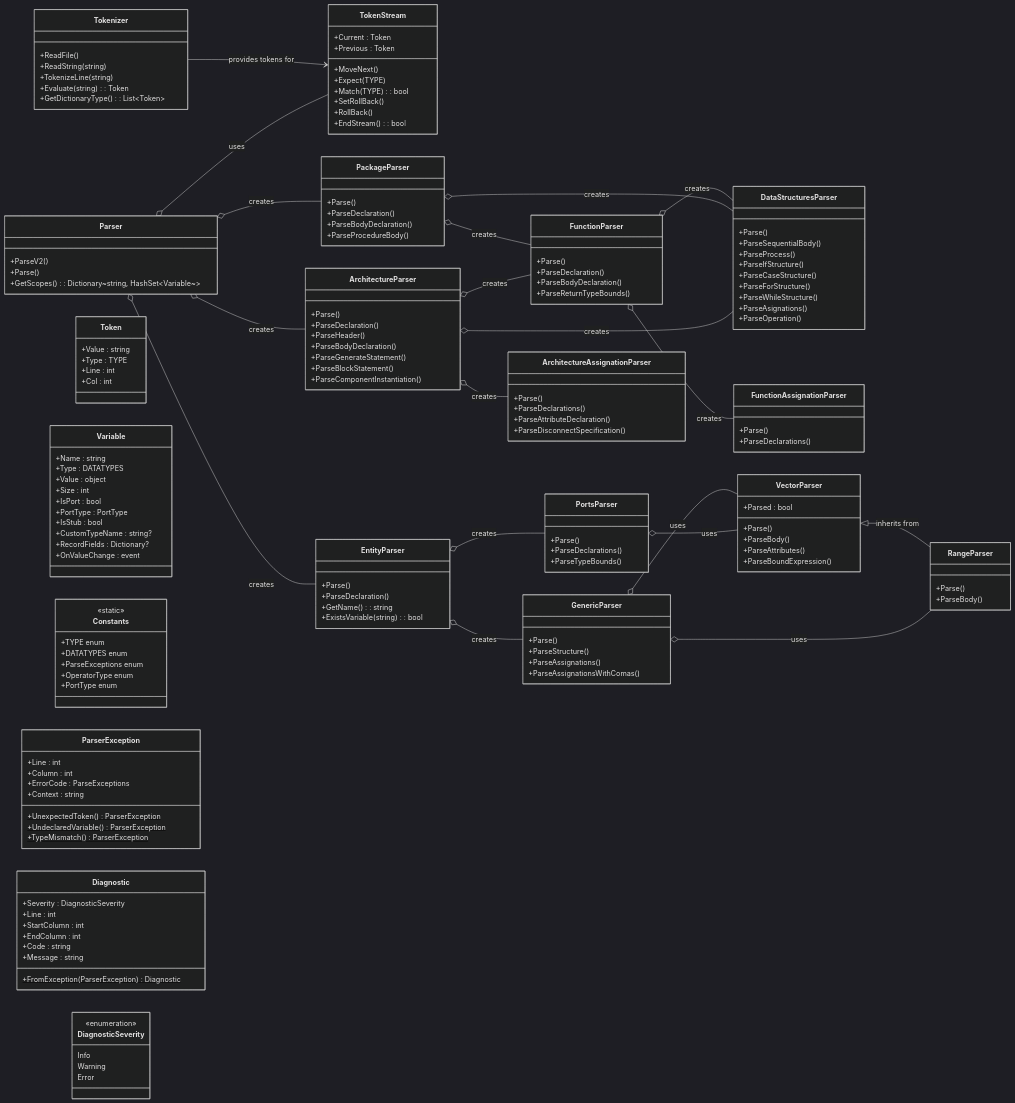
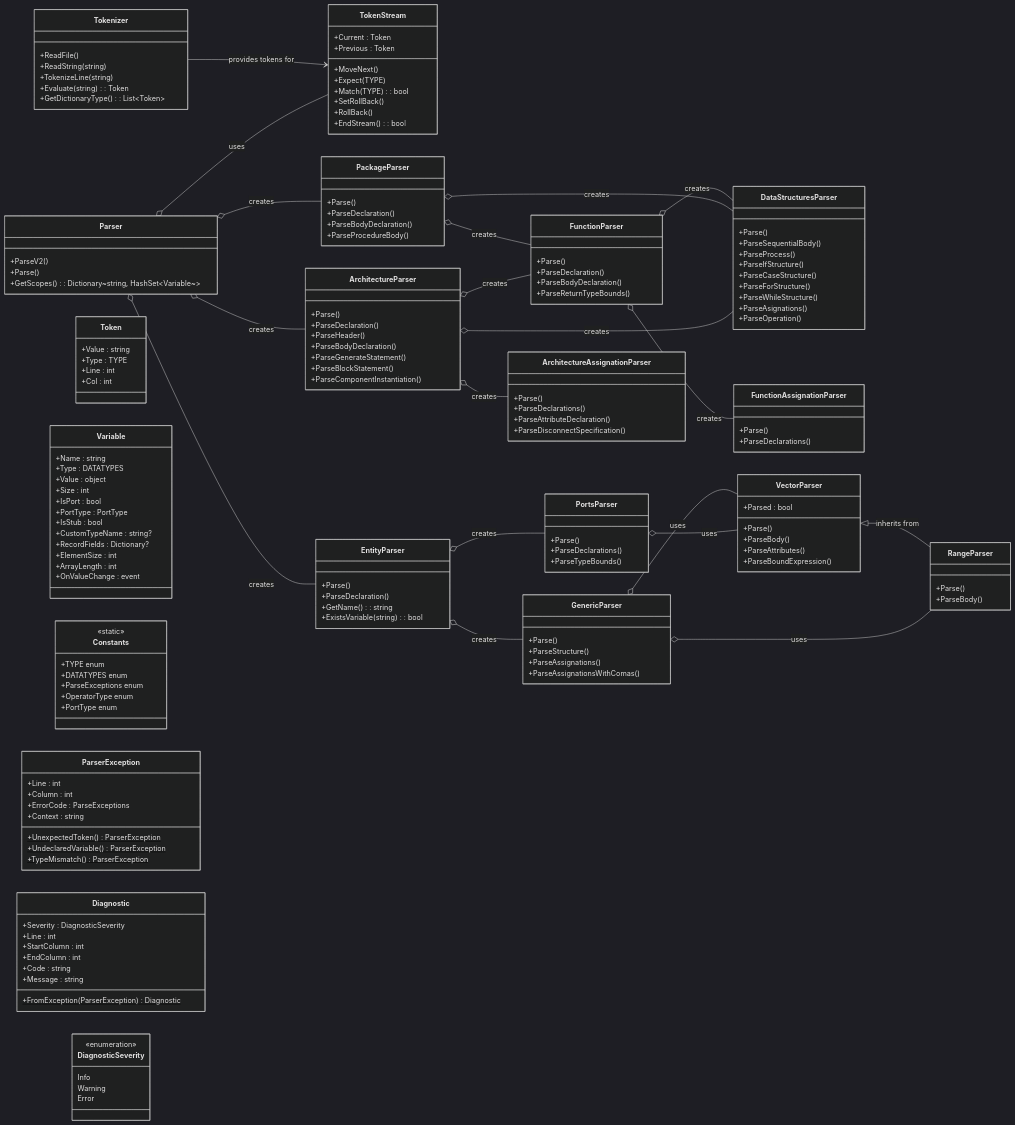
The second of 12 diagrams in README.md (Kmila9s/Parser), drawn with Mermaid (dark theme) before and after one commit. The commit also changed other lines of this file and 8 other files, not shown here.

```diff
--- a/README.md
+++ b/README.md
@@ -415,6 +415,8 @@
             +IsStub : bool
             +CustomTypeName : string?
             +RecordFields : Dictionary?
+            +ElementSize : int
+            +ArrayLength : int
             +OnValueChange : event
         }
         class Constants {
```
